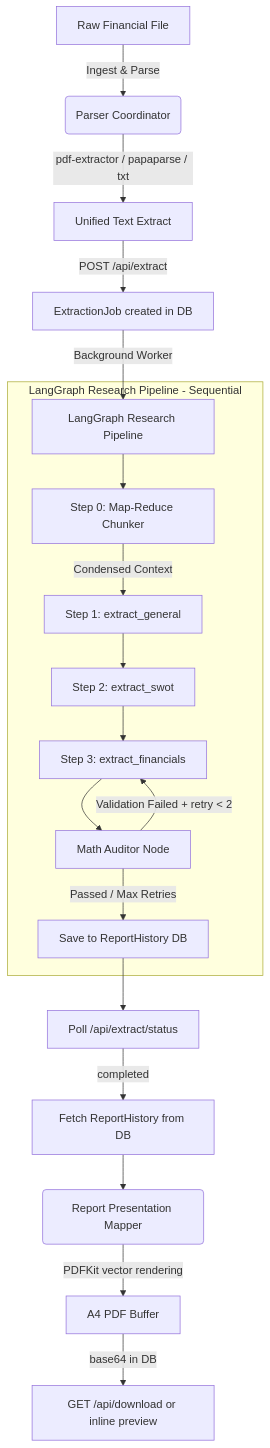
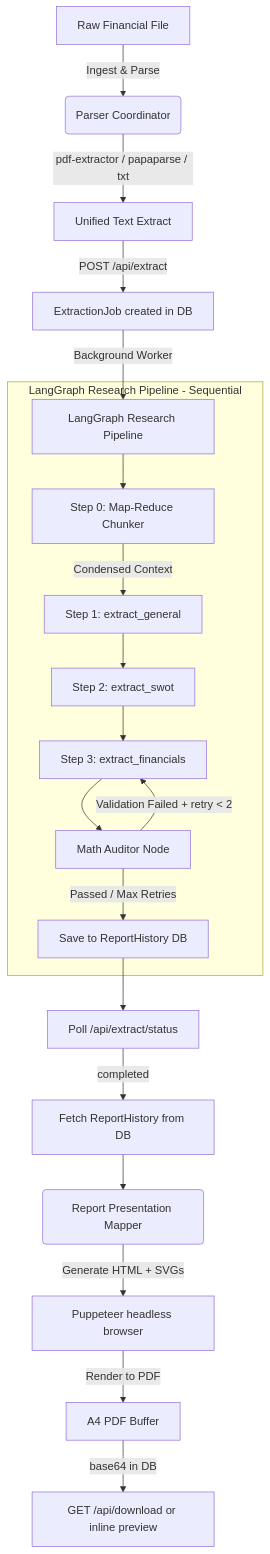
Before and after one commit to Pallavikumarimdb/EquiGen: the diagram in README.md, drawn with Mermaid. The commit also changed other lines of this file and 2 other files, not shown here.

Commit message:
Update features to Puppeteer & align recommendation summary extraction schema

````diff
--- a/README.md
+++ b/README.md
@@ -28,23 +30,24 @@
 ```mermaid
 graph TD
     A[Raw Financial File] -->|Ingest & Parse| B(Parser Coordinator)
     B -->|pdf-extractor / papaparse / txt| C[Unified Text Extract]
     C -->|POST /api/extract| D[ExtractionJob created in DB]
     D -->|Background Worker| E[LangGraph Research Pipeline]
 
     subgraph LangGraph Research Pipeline - Sequential
       E --> F[Step 0: Map-Reduce Chunker]
       F -->|Condensed Context| G[Step 1: extract_general]
       G --> H[Step 2: extract_swot]
       H --> I[Step 3: extract_financials]
       I --> J[Math Auditor Node]
       J -->|Validation Failed + retry < 2| I
       J -->|Passed / Max Retries| K[Save to ReportHistory DB]
     end
 
     K --> L[Poll /api/extract/status]
     L -->|completed| M[Fetch ReportHistory from DB]
     M --> N(Report Presentation Mapper)
-    N -->|PDFKit vector rendering| O[A4 PDF Buffer]
-    O -->|base64 in DB| P[GET /api/download or inline preview]
+    N -->|Generate HTML + SVGs| O[Puppeteer headless browser]
+    O -->|Render to PDF| P[A4 PDF Buffer]
+    P -->|base64 in DB| Q[GET /api/download or inline preview]
 ```
````
